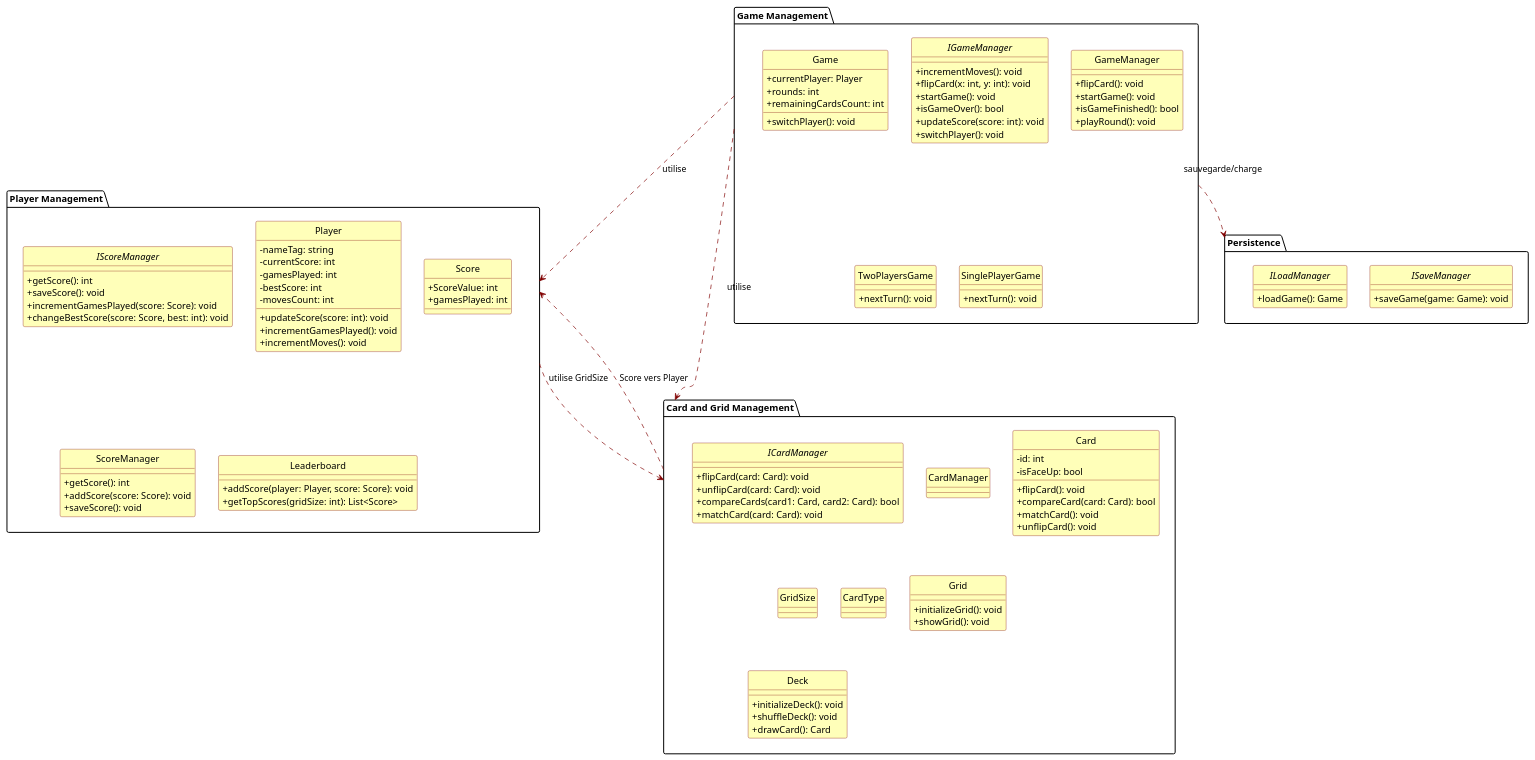
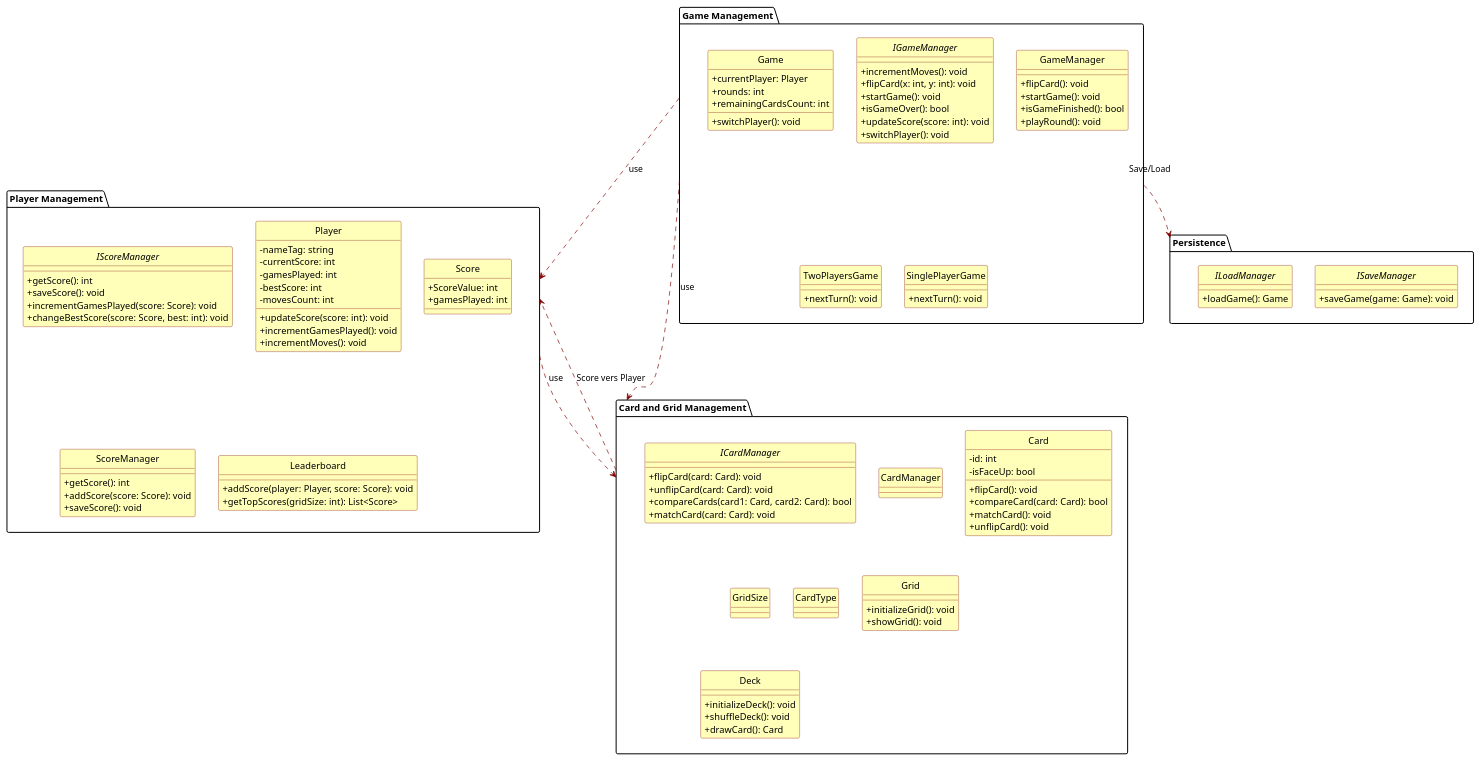
One commit to PosiTr0n505/Game-Memory changed the diagram in src/Docs/Diagrammes/paquetage.md. Above: the diagram before and after it, drawn with PlantUML.

Commit message:
Mise à jour de 'src/Docs/Diagrammes/paquetage.md'

```diff
--- a/src/Docs/Diagrammes/paquetage.md
+++ b/src/Docs/Diagrammes/paquetage.md
@@ -123,11 +123,10 @@
     }
 }
 
-' Dépendances entre paquets (conformes au diagramme de classes d'origine)
-"Game Management" ..> "Player Management" : utilise
-"Game Management" ..> "Card and Grid Management" : utilise
-"Game Management" ..> "Persistence" : sauvegarde/charge
-"Player Management" ..> "Card and Grid Management" : utilise GridSize
+"Game Management" ..> "Player Management" : use
+"Game Management" ..> "Card and Grid Management" : use
+"Game Management" ..> "Persistence" : Save/Load
+"Player Management" ..> "Card and Grid Management" : use
 "Card and Grid Management" ..> "Player Management" : Score vers Player
 
 @enduml
```
